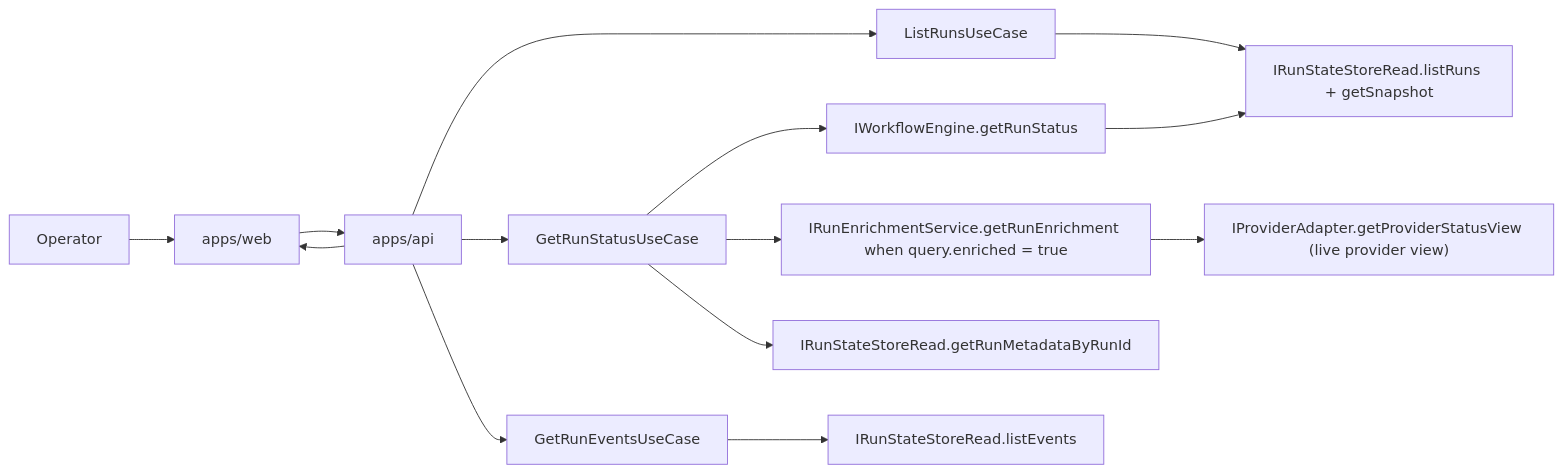
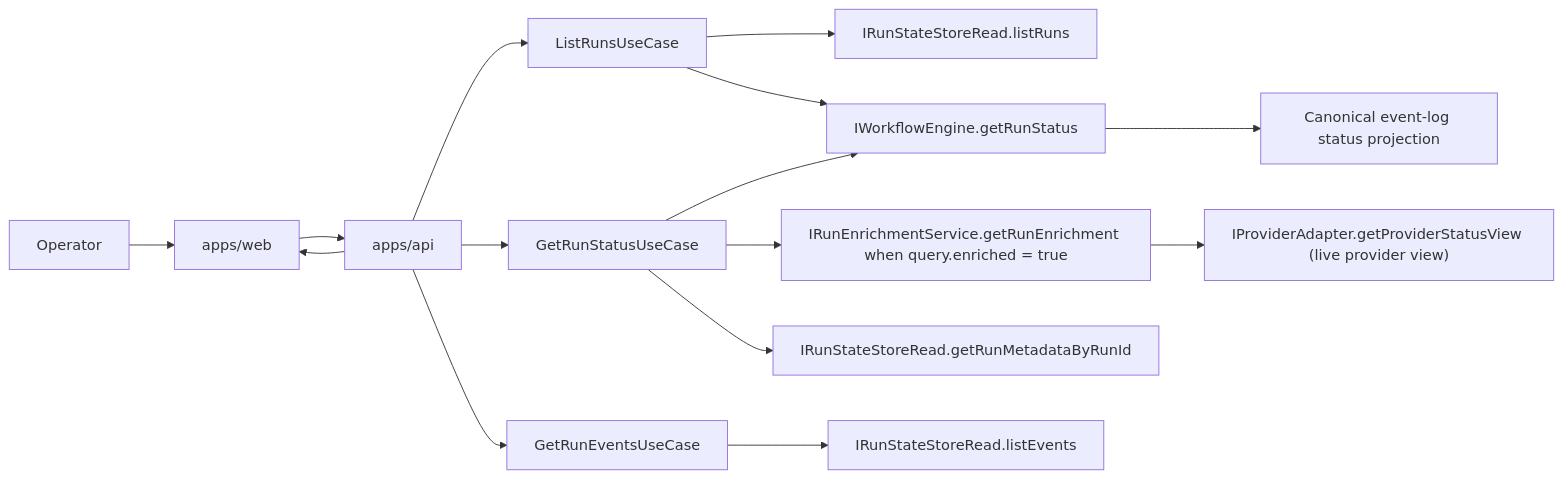
Before and after one commit to dunay2/dvt: the diagram in docs/architecture/system/subsystems/read/index.md, drawn with Mermaid. The commit also changed other lines of this file and 13 other files, not shown here.

````diff
--- a/docs/architecture/system/subsystems/read/index.md
+++ b/docs/architecture/system/subsystems/read/index.md
@@ -18,16 +18,17 @@
 ```mermaid
 flowchart LR
   Operator["Operator"] --> Web["apps/web"]
   Web --> Api["apps/api"]
   Api --> ListRuns["ListRunsUseCase"]
   Api --> GetRun["GetRunStatusUseCase"]
   Api --> GetEvents["GetRunEventsUseCase"]
-  ListRuns --> StateRead["IRunStateStoreRead.listRuns + getSnapshot"]
+  ListRuns --> MetadataList["IRunStateStoreRead.listRuns"]
+  ListRuns --> Engine
   GetRun --> Engine["IWorkflowEngine.getRunStatus"]
   GetRun --> Enrich["IRunEnrichmentService.getRunEnrichment when query.enriched = true"]
   GetRun --> Metadata["IRunStateStoreRead.getRunMetadataByRunId"]
   GetEvents --> EventStore["IRunStateStoreRead.listEvents"]
-  Engine --> StateRead
+  Engine --> StateRead["Canonical event-log status projection"]
   Enrich --> Provider["IProviderAdapter.getProviderStatusView (live provider view)"]
   Api --> Web
 ```
````
